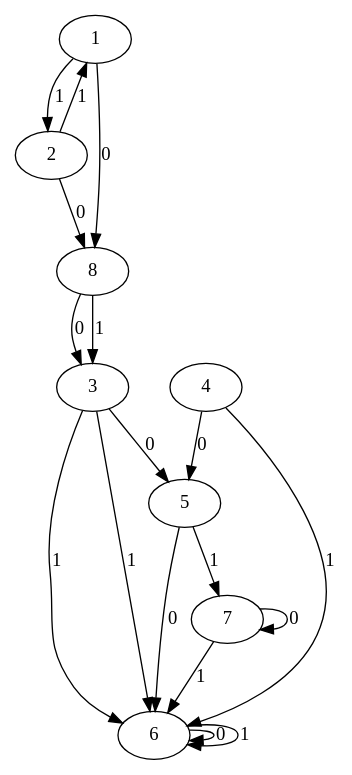
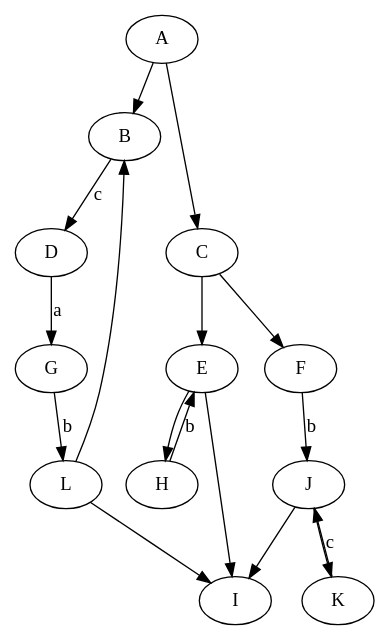
The diagram in app/res/recognizer.dot (YaNeVLAD/StateMachine), drawn with Graphviz before and after one commit. The commit also changed 31 other files, not shown here.

```diff
--- a/app/res/recognizer.dot
+++ b/app/res/recognizer.dot
@@ -1,23 +1,34 @@
-digraph Itmo {
-    1 [label = "1"]
-    6 [label = "6" final = true]
-    7 [label = "7" final = true]
+digraph Recognizer {
 
-    1 -> 2 [label = "1"];
-    1 -> 8 [label = "0"];
-    2 -> 1 [label = "1"];
-    2 -> 8 [label = "0"];
-    8 -> 3 [label = "0"];
-    8 -> 3 [label = "1"];
-    3 -> 5 [label = "0"];
-    3 -> 6 [label = "1"];
-    3 -> 6 [label = "1"];
-    5 -> 6 [label = "0"];
-    5 -> 7 [label = "1"];
-    6 -> 6 [label = "0"];
-    6 -> 6 [label = "1"];
-    4 -> 5 [label = "0"];
-    4 -> 6 [label = "1"];
-    7 -> 7 [label = "0"];
-    7 -> 6 [label = "1"];
+    rankdir = UD;
+
+    A
+    B
+    C
+    D
+    E
+    F
+    G
+    H
+    I [label = "I" final = true]
+    J
+    K
+    L
+
+    A -> B
+    A -> C
+    B -> D [label = "c"]
+    C -> E
+    C -> F
+    D -> G [label = "a"]
+    E -> H
+    E -> I
+    F -> J [label = "b"]
+    G -> L [label = "b"]
+    H -> E [label = "b"]
+    L -> B
+    J -> K
+    J -> I
+    K -> J [label = "c"]
+    L -> I
 }
```
